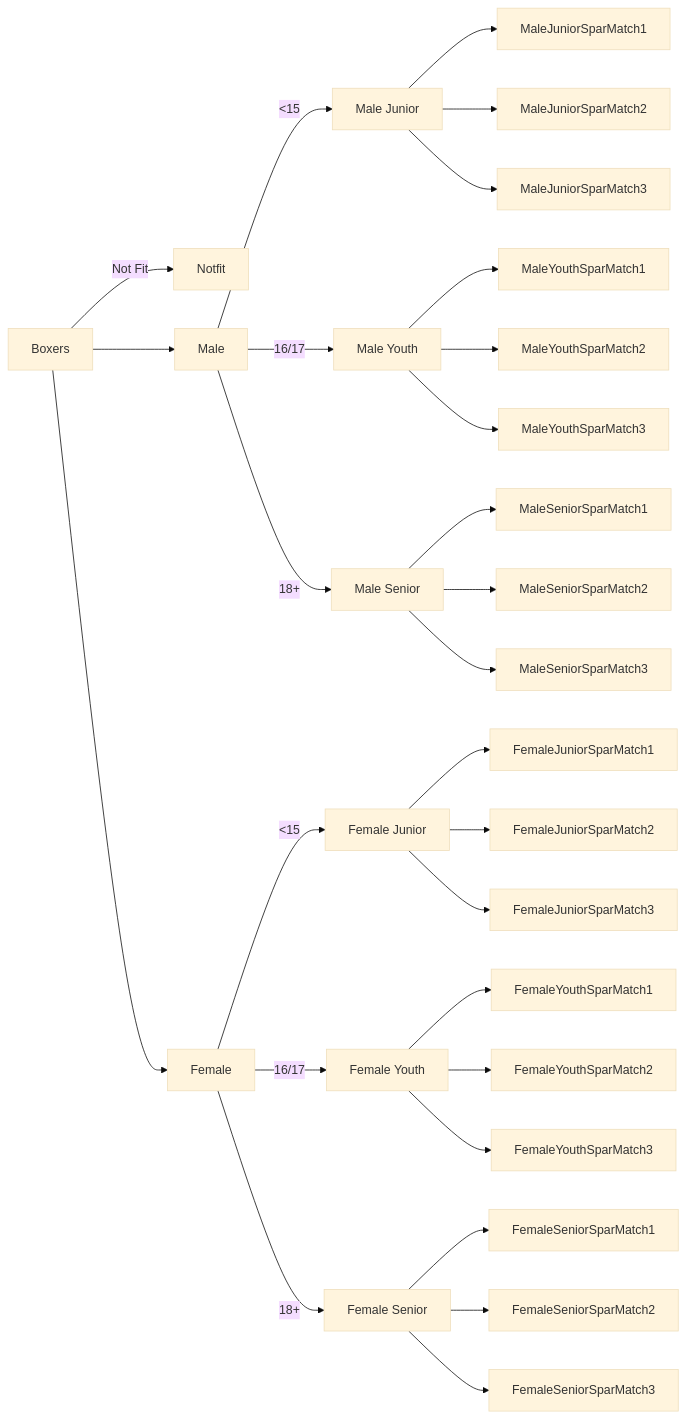
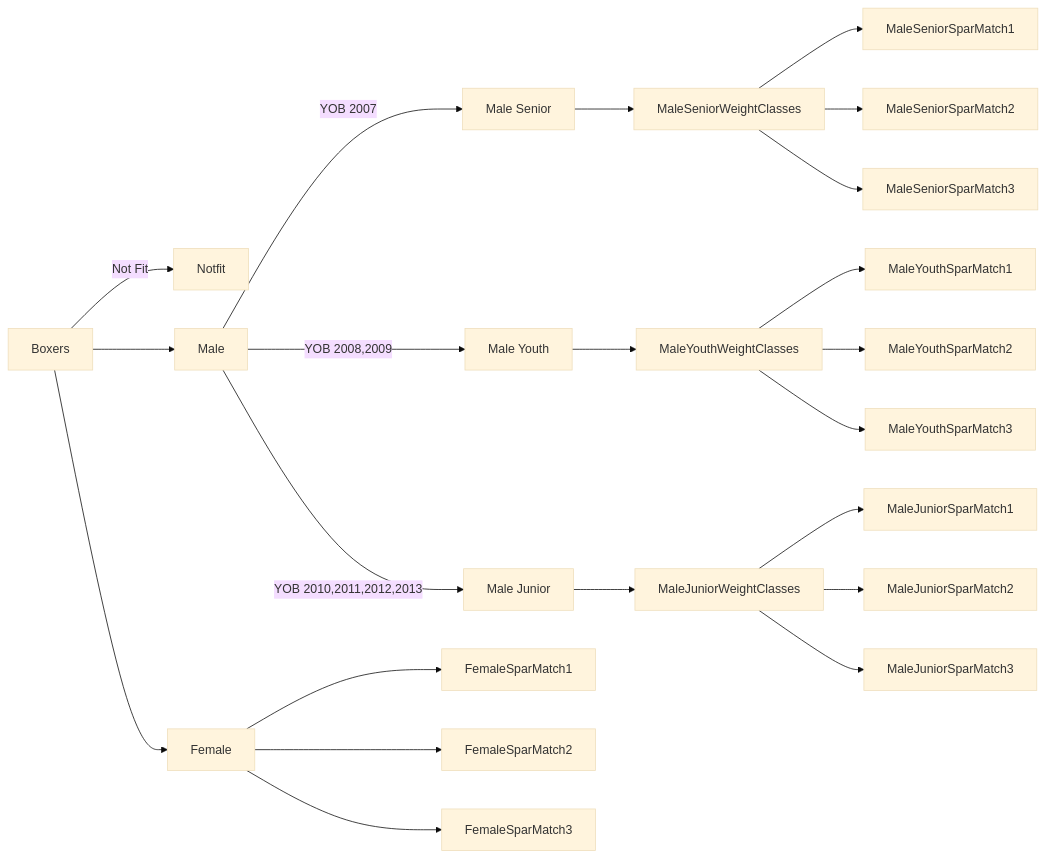
The diagram in Analysis/boxing copy.mmd (mjmonline1/Boxing), drawn with Mermaid (base theme) before and after one commit. The commit also changed other lines of this file and 43 other files, not shown here.

```diff
--- a/Analysis/boxing copy.mmd
+++ b/Analysis/boxing copy.mmd
@@ -1,46 +1,37 @@
 graph LR
   Notfit
   Boxers
   Male
   Female
 
   MaleJunior["Male Junior"]
   MaleYouth["Male Youth"]
   MaleSenior["Male Senior"]
-
-  FemaleJunior["Female Junior"]
-  FemaleYouth["Female Youth"]
-  FemaleSenior["Female Senior"]
-
+  
   Boxers --> Male
   Boxers -->|Not Fit| Notfit
   Boxers --> Female
 
-  Male -->|<15| MaleJunior
-  Male -->|16/17| MaleYouth
-  Male -->|18+| MaleSenior
+  Male -->|YOB 2007| MaleSenior
+  Male -->|YOB 2008,2009| MaleYouth
+  Male -->|YOB 2010,2011,2012,2013| MaleJunior
 
-  Female -->|<15| FemaleJunior
-  Female -->|16/17| FemaleYouth
-  Female -->|18+| FemaleSenior
+  Female -->| |FemaleSparMatch1
+  Female -->| |FemaleSparMatch2
+  Female -->| |FemaleSparMatch3
 
-  MaleJunior -->| |MaleJuniorSparMatch1
-  MaleJunior -->| |MaleJuniorSparMatch2
-  MaleJunior -->| |MaleJuniorSparMatch3
-  MaleYouth -->| |MaleYouthSparMatch1
-  MaleYouth -->| |MaleYouthSparMatch2
-  MaleYouth -->| |MaleYouthSparMatch3
-  MaleSenior -->| |MaleSeniorSparMatch1
-  MaleSenior -->| |MaleSeniorSparMatch2 
-  MaleSenior -->| |MaleSeniorSparMatch3
+  MaleJunior -->| |MaleJuniorWeightClasses
+  MaleYouth -->| |MaleYouthWeightClasses
+  MaleSenior -->| |MaleSeniorWeightClasses
+  
 
-  
-  FemaleJunior -->| |FemaleJuniorSparMatch1
-  FemaleJunior -->| |FemaleJuniorSparMatch2
-  FemaleJunior -->| |FemaleJuniorSparMatch3
-  FemaleYouth -->| |FemaleYouthSparMatch1
-  FemaleYouth -->| |FemaleYouthSparMatch2
-  FemaleYouth -->| |FemaleYouthSparMatch3
-  FemaleSenior -->| |FemaleSeniorSparMatch1
-  FemaleSenior -->| |FemaleSeniorSparMatch2 
-  FemaleSenior -->| |FemaleSeniorSparMatch3
+    
+  MaleJuniorWeightClasses -->| |MaleJuniorSparMatch1
+  MaleJuniorWeightClasses -->| |MaleJuniorSparMatch2
+  MaleJuniorWeightClasses -->| |MaleJuniorSparMatch3
+  MaleYouthWeightClasses -->| |MaleYouthSparMatch1
+  MaleYouthWeightClasses -->| |MaleYouthSparMatch2
+  MaleYouthWeightClasses -->| |MaleYouthSparMatch3
+  MaleSeniorWeightClasses -->| |MaleSeniorSparMatch1
+  MaleSeniorWeightClasses -->| |MaleSeniorSparMatch2 
+  MaleSeniorWeightClasses -->| |MaleSeniorSparMatch3
```
